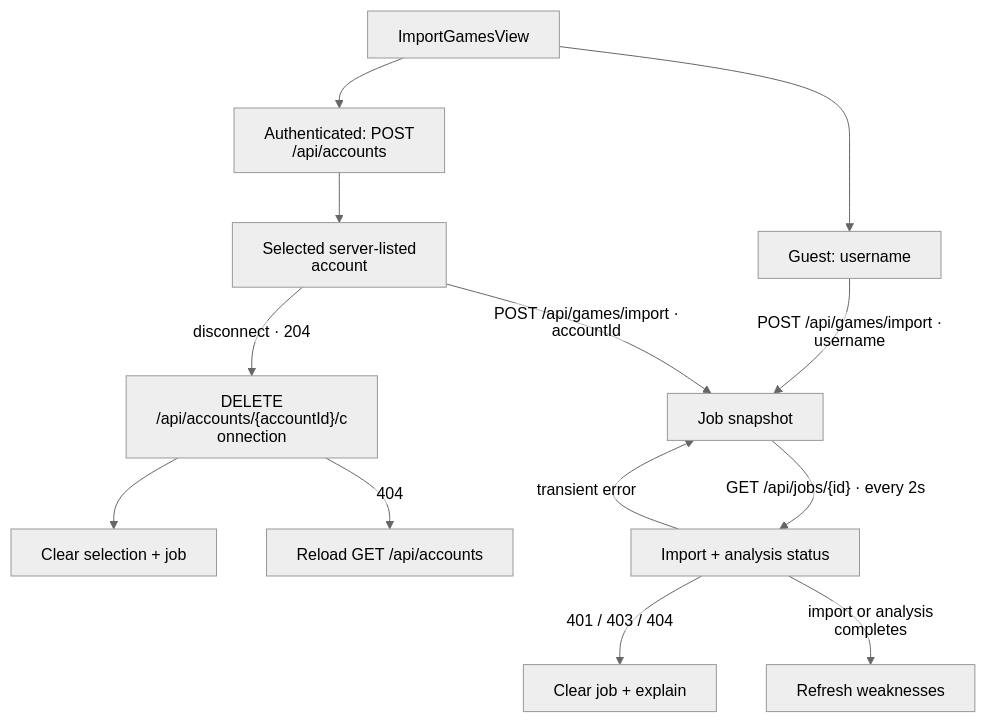
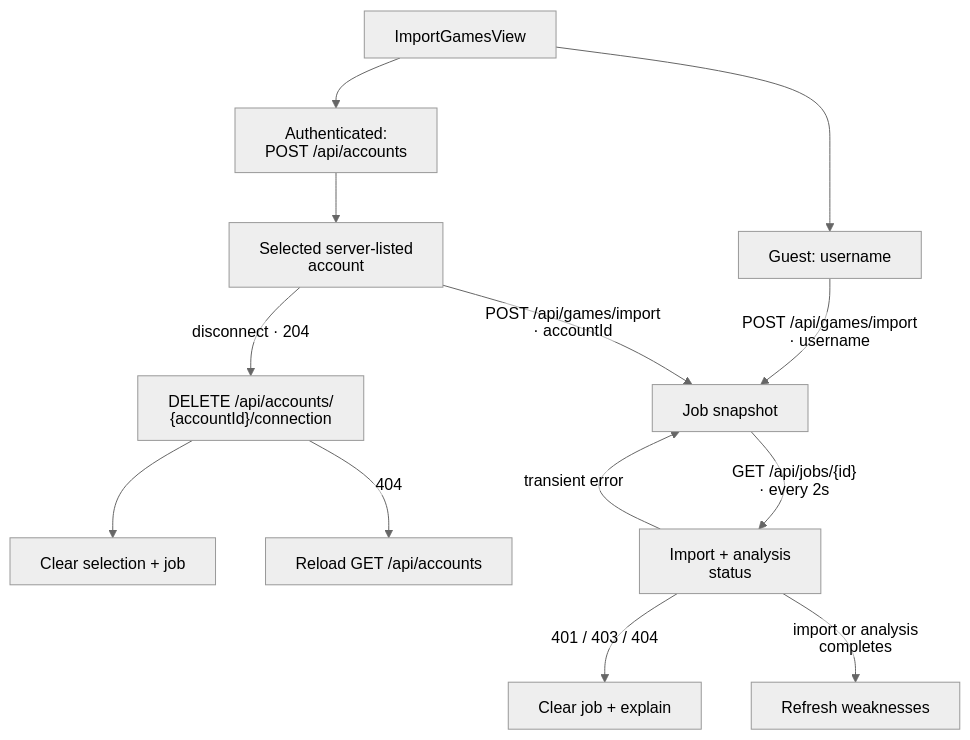
Before and after one commit to NathanZK/ChessEcho: the second of 5 diagrams in docs/architecture/frontend.md, drawn with Mermaid (neutral theme). The commit also changed other lines of this file and 13 other files, not shown here.

Commit message:
docs(architecture): reconcile ChessProbe documentation architecture, system topology, API contract, and testing specifications (#785)

````diff
--- a/docs/architecture/frontend.md
+++ b/docs/architecture/frontend.md
@@ -116,16 +117,16 @@
 ```mermaid
 %%{init: {"htmlLabels": false, "flowchart": {"htmlLabels": false, "diagramPadding": 120}}}%%
 flowchart TB
   form["ImportGamesView"] --> guest["Guest: username"]
-  form --> connect["Authenticated: POST /api/accounts"]
-  connect --> account["Selected server-listed account"]
-  account -->|"disconnect · 204"| disconnect["DELETE /api/accounts/{accountId}/connection"]
+  form --> connect["Authenticated:<br/>POST /api/accounts"]
+  connect --> account["Selected server-listed<br/>account"]
+  account -->|"disconnect · 204"| disconnect["DELETE /api/accounts/<br/>{accountId}/connection"]
   disconnect --> clear["Clear selection + job"]
   disconnect -->|"404"| reload["Reload GET /api/accounts"]
-  guest -->|"POST /api/games/import · username"| job["Job snapshot"]
-  account -->|"POST /api/games/import · accountId"| job
-  job -->|"GET /api/jobs/{id} · every 2s"| status["Import + analysis status"]
+  guest -->|"POST /api/games/import<br/>· username"| job["Job snapshot"]
+  account -->|"POST /api/games/import<br/>· accountId"| job
+  job -->|"GET /api/jobs/{id}<br/>· every 2s"| status["Import + analysis<br/>status"]
   status -->|"transient error"| job
   status -->|"401 / 403 / 404"| unavailable["Clear job + explain"]
-  status -->|"import or analysis completes"| refresh["Refresh weaknesses"]
+  status -->|"import or analysis<br/>completes"| refresh["Refresh weaknesses"]
 ```
````
